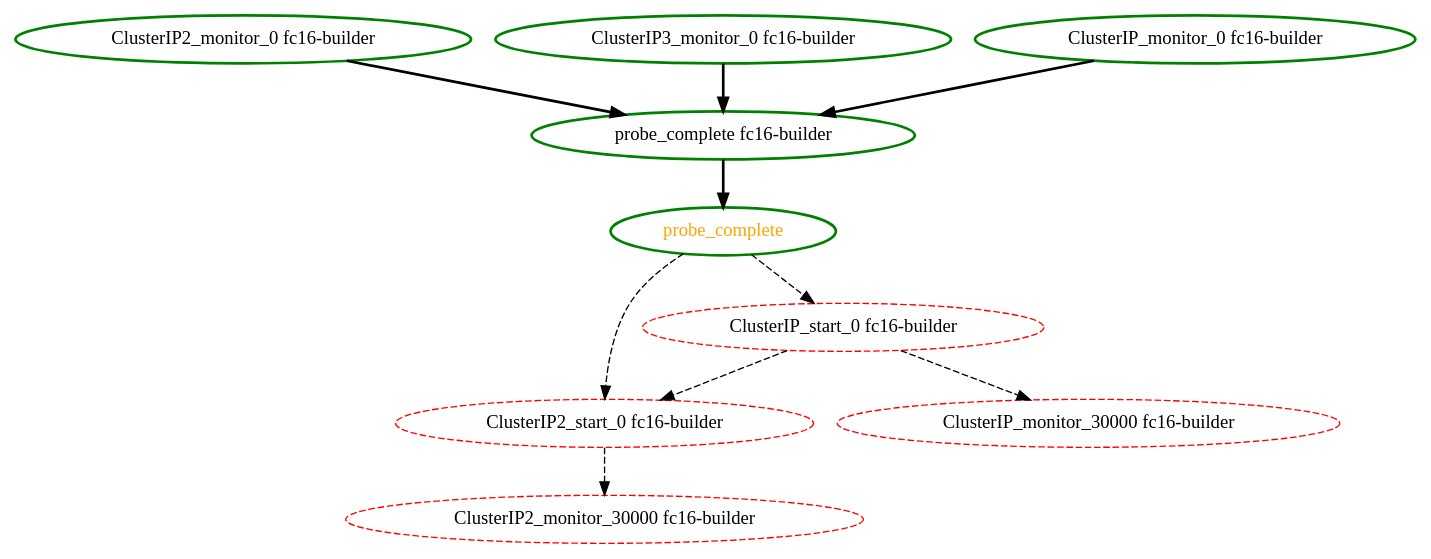
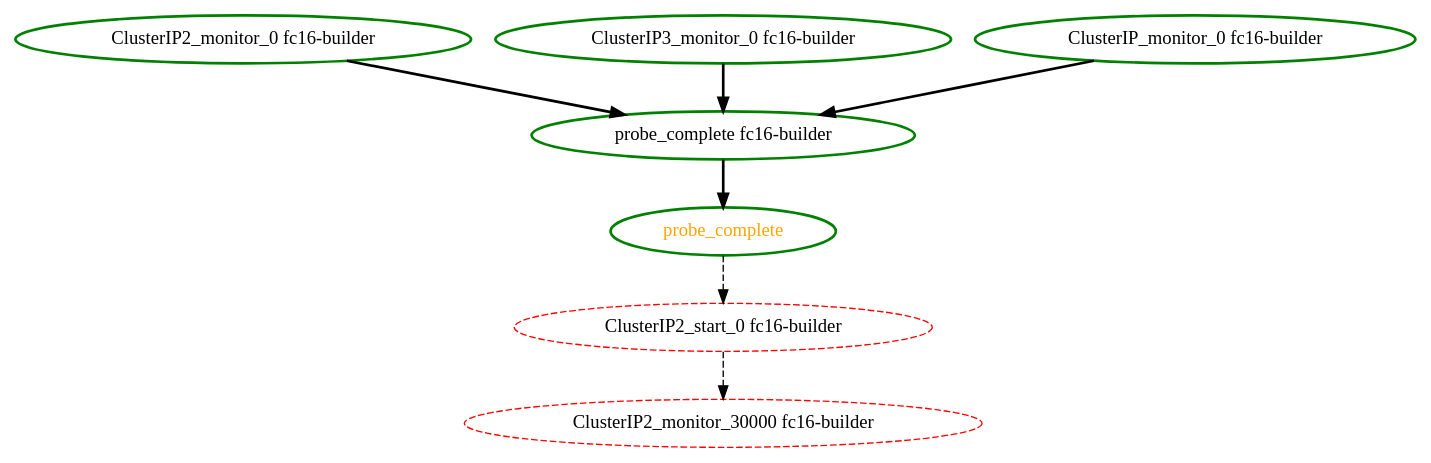
Before and after one commit to ClusterLabs/pacemaker: the diagram in pengine/test10/bug-5014-CthenAthenB-C-stopped.dot, drawn with Graphviz. The commit also changed 15 other files, not shown here.

```diff
--- a/pengine/test10/bug-5014-CthenAthenB-C-stopped.dot
+++ b/pengine/test10/bug-5014-CthenAthenB-C-stopped.dot
@@ -1,20 +1,15 @@
 digraph "g" {
 "ClusterIP2_monitor_0 fc16-builder" -> "probe_complete fc16-builder" [ style = bold]
 "ClusterIP2_monitor_0 fc16-builder" [ style=bold color="green" fontcolor="black"]
 "ClusterIP2_monitor_30000 fc16-builder" [ style=dashed color="red" fontcolor="black"]
 "ClusterIP2_start_0 fc16-builder" -> "ClusterIP2_monitor_30000 fc16-builder" [ style = dashed]
 "ClusterIP2_start_0 fc16-builder" [ style=dashed color="red" fontcolor="black"]
 "ClusterIP3_monitor_0 fc16-builder" -> "probe_complete fc16-builder" [ style = bold]
 "ClusterIP3_monitor_0 fc16-builder" [ style=bold color="green" fontcolor="black"]
 "ClusterIP_monitor_0 fc16-builder" -> "probe_complete fc16-builder" [ style = bold]
 "ClusterIP_monitor_0 fc16-builder" [ style=bold color="green" fontcolor="black"]
-"ClusterIP_monitor_30000 fc16-builder" [ style=dashed color="red" fontcolor="black"]
-"ClusterIP_start_0 fc16-builder" -> "ClusterIP2_start_0 fc16-builder" [ style = dashed]
-"ClusterIP_start_0 fc16-builder" -> "ClusterIP_monitor_30000 fc16-builder" [ style = dashed]
-"ClusterIP_start_0 fc16-builder" [ style=dashed color="red" fontcolor="black"]
 "probe_complete fc16-builder" -> "probe_complete" [ style = bold]
 "probe_complete fc16-builder" [ style=bold color="green" fontcolor="black"]
 "probe_complete" -> "ClusterIP2_start_0 fc16-builder" [ style = dashed]
-"probe_complete" -> "ClusterIP_start_0 fc16-builder" [ style = dashed]
 "probe_complete" [ style=bold color="green" fontcolor="orange"]
 }
```
